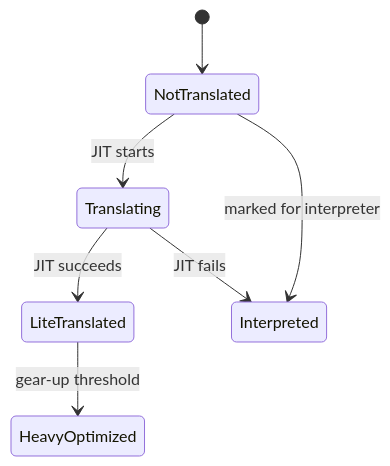
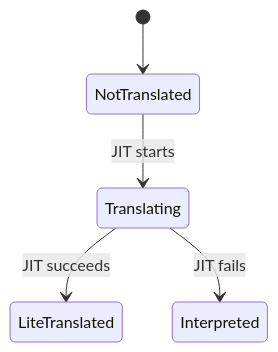
One commit to DigitalisX64/digitalis changed the fourth of 5 diagrams in docs/how-it-works.md. Above: the diagram before and after it, drawn with Mermaid. The commit also changed other lines of this file, not shown here.

````diff
--- a/docs/how-it-works.md
+++ b/docs/how-it-works.md
@@ -547,9 +549,7 @@
 ```mermaid
 stateDiagram-v2
     [*] --> NotTranslated
     NotTranslated --> Translating : JIT starts
     Translating --> LiteTranslated : JIT succeeds
     Translating --> Interpreted : JIT fails
-    NotTranslated --> Interpreted : marked for interpreter
-    LiteTranslated --> HeavyOptimized : gear-up threshold
 ```
````
